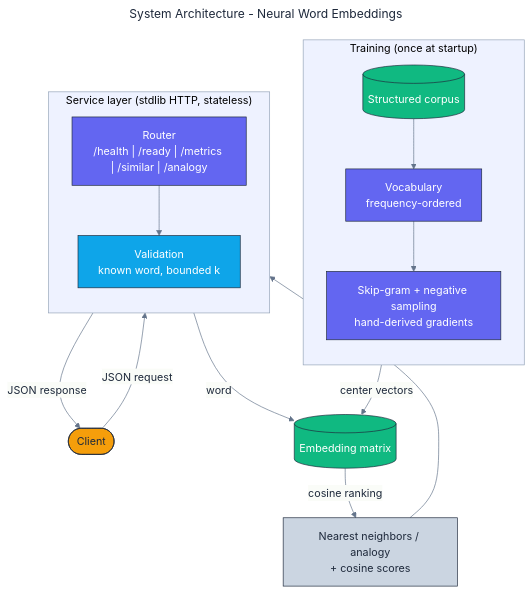
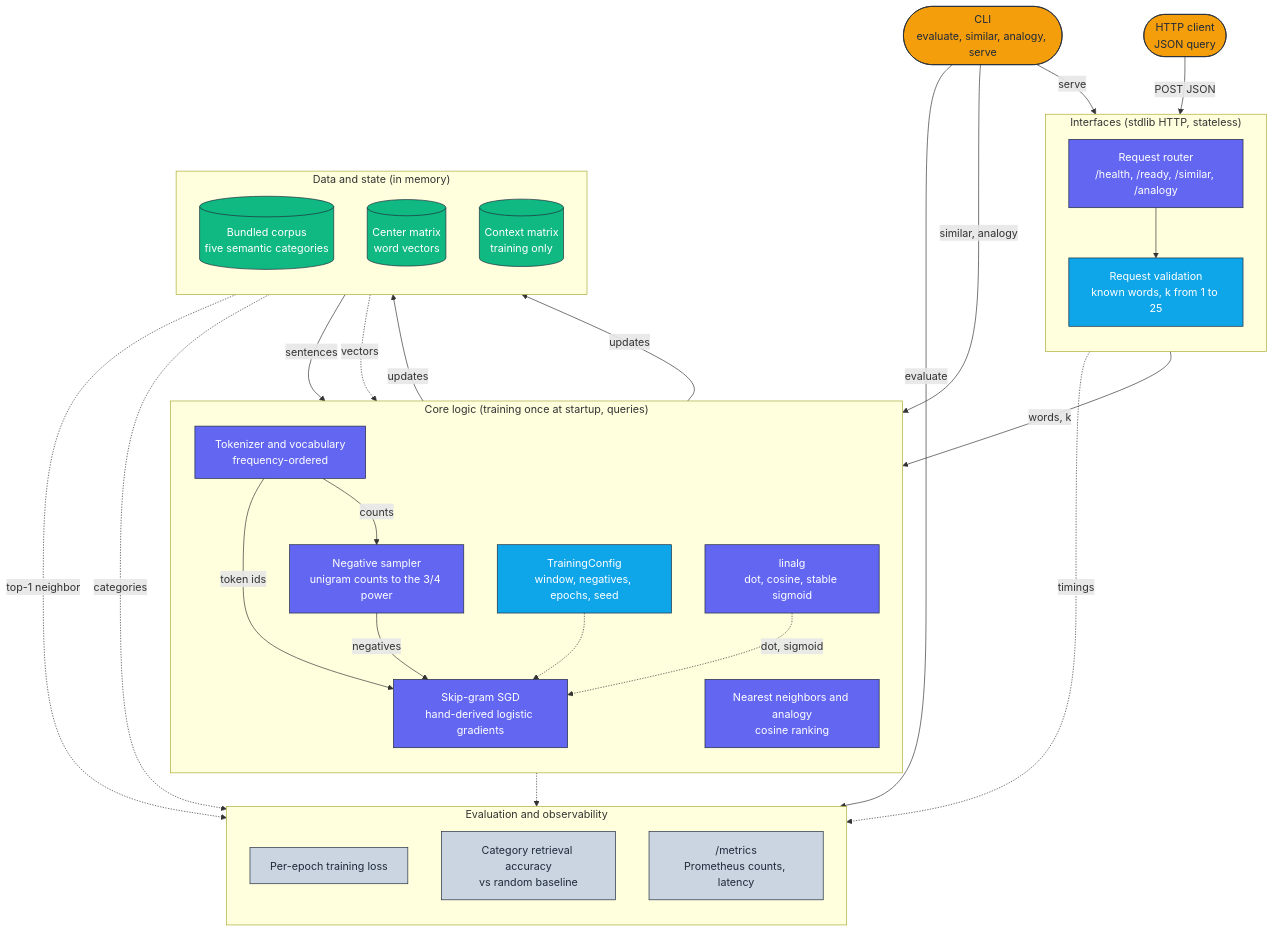
One commit to adeoluo/neural-word-embeddings changed the diagram in docs/architecture/architecture.mmd. Above: the diagram before and after it, drawn with Mermaid. The commit also changed 2 other files, not shown here.

Commit message:
docs: vertical layered architecture diagram

```diff
--- a/docs/architecture/architecture.mmd
+++ b/docs/architecture/architecture.mmd
@@ -1,43 +1,59 @@
----
-title: System Architecture - Neural Word Embeddings
-config:
-  theme: base
-  themeVariables:
-    fontFamily: "Inter, system-ui, sans-serif"
-    primaryColor: "#F8FAFC"
-    primaryBorderColor: "#1E293B"
-    primaryTextColor: "#1E293B"
-    lineColor: "#64748B"
-    clusterBkg: "#EEF2FF"
-    clusterBorder: "#94A3B8"
----
 flowchart TD
     classDef edge     fill:#F59E0B,stroke:#1E293B,color:#1E293B,stroke-width:1px;
     classDef core     fill:#6366F1,stroke:#1E293B,color:#ffffff,stroke-width:1px;
     classDef data     fill:#10B981,stroke:#1E293B,color:#ffffff,stroke-width:1px;
     classDef control  fill:#0EA5E9,stroke:#1E293B,color:#ffffff,stroke-width:1px;
     classDef obs      fill:#CBD5E1,stroke:#1E293B,color:#1E293B,stroke-width:1px;
 
-    Client([Client]):::edge
+    Client(["HTTP client<br/>JSON query"]):::edge
+    Cli(["CLI<br/>evaluate, similar, analogy, serve"]):::edge
 
-    subgraph Train["Training (once at startup)"]
+    subgraph Io["Interfaces (stdlib HTTP, stateless)"]
         direction TB
-        Corpus[(Structured corpus)]:::data
-        Vocab[Vocabulary<br/>frequency-ordered]:::core
-        SkipGram["Skip-gram + negative sampling<br/>hand-derived gradients"]:::core
+        Router["Request router<br/>/health, /ready, /similar, /analogy"]:::core
+        Validate["Request validation<br/>known words, k from 1 to 25"]:::control
     end
 
-    subgraph Edge["Service layer (stdlib HTTP, stateless)"]
+    subgraph Core["Core logic (training once at startup, queries)"]
         direction TB
-        Router["Router<br/>/health | /ready | /metrics | /similar | /analogy"]:::core
-        Validate["Validation<br/>known word, bounded k"]:::control
+        Config["TrainingConfig<br/>window, negatives, epochs, seed"]:::control
+        Vocab["Tokenizer and vocabulary<br/>frequency-ordered"]:::core
+        Neg["Negative sampler<br/>unigram counts to the 3/4 power"]:::core
+        SkipGram["Skip-gram SGD<br/>hand-derived logistic gradients"]:::core
+        Linalg["linalg<br/>dot, cosine, stable sigmoid"]:::core
+        Query["Nearest neighbors and analogy<br/>cosine ranking"]:::core
     end
 
-    Vectors[(Embedding matrix)]:::data
-    Result["Nearest neighbors / analogy<br/>+ cosine scores"]:::obs
+    subgraph State["Data and state (in memory)"]
+        direction TB
+        Corpus[("Bundled corpus<br/>five semantic categories")]:::data
+        Center[("Center matrix<br/>word vectors")]:::data
+        Context[("Context matrix<br/>training only")]:::data
+    end
 
-    Corpus --> Vocab --> SkipGram -->|center vectors| Vectors
-    Client -->|JSON request| Router --> Validate
-    Validate -->|word| Vectors
-    Vectors -->|cosine ranking| Result
-    Result --> Router -->|JSON response| Client
+    subgraph Obs["Evaluation and observability"]
+        direction TB
+        Loss["Per-epoch training loss"]:::obs
+        Eval["Category retrieval accuracy<br/>vs random baseline"]:::obs
+        Metrics["/metrics<br/>Prometheus counts, latency"]:::obs
+    end
+
+    Client -->|POST JSON| Router
+    Cli -->|serve| Router
+    Cli -->|similar, analogy| Query
+    Cli -->|evaluate| Eval
+    Router --> Validate
+    Validate -->|words, k| Query
+    Corpus -->|sentences| Vocab
+    Vocab -->|token ids| SkipGram
+    Vocab -->|counts| Neg
+    Neg -->|negatives| SkipGram
+    Config -.-> SkipGram
+    Linalg -.->|dot, sigmoid| SkipGram
+    SkipGram -->|updates| Center
+    SkipGram -->|updates| Context
+    Center -.->|vectors| Query
+    SkipGram -.-> Loss
+    Center -.->|top-1 neighbor| Eval
+    Corpus -.->|categories| Eval
+    Router -.->|timings| Metrics
```
